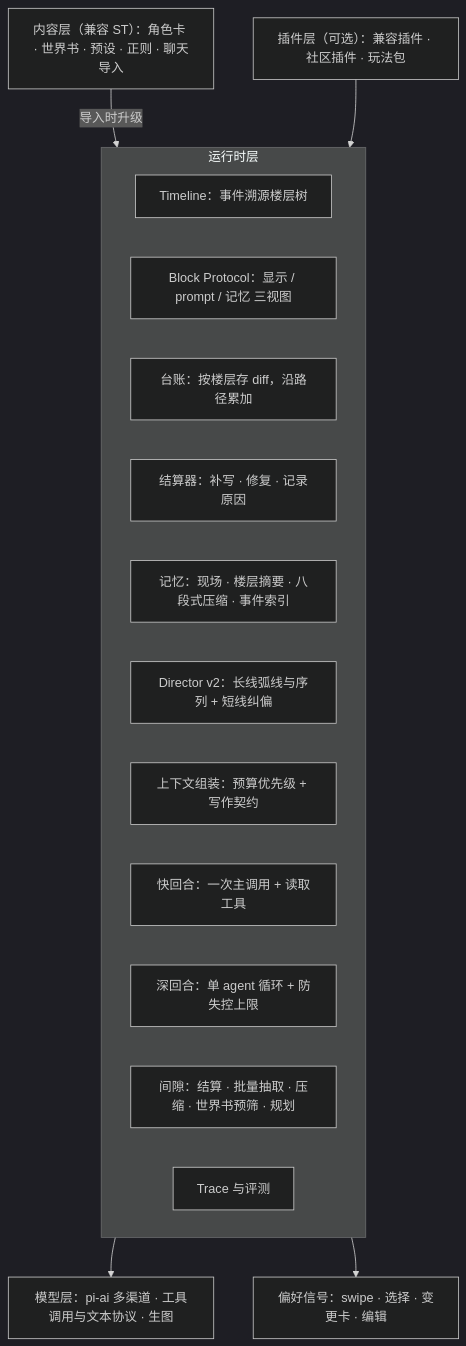
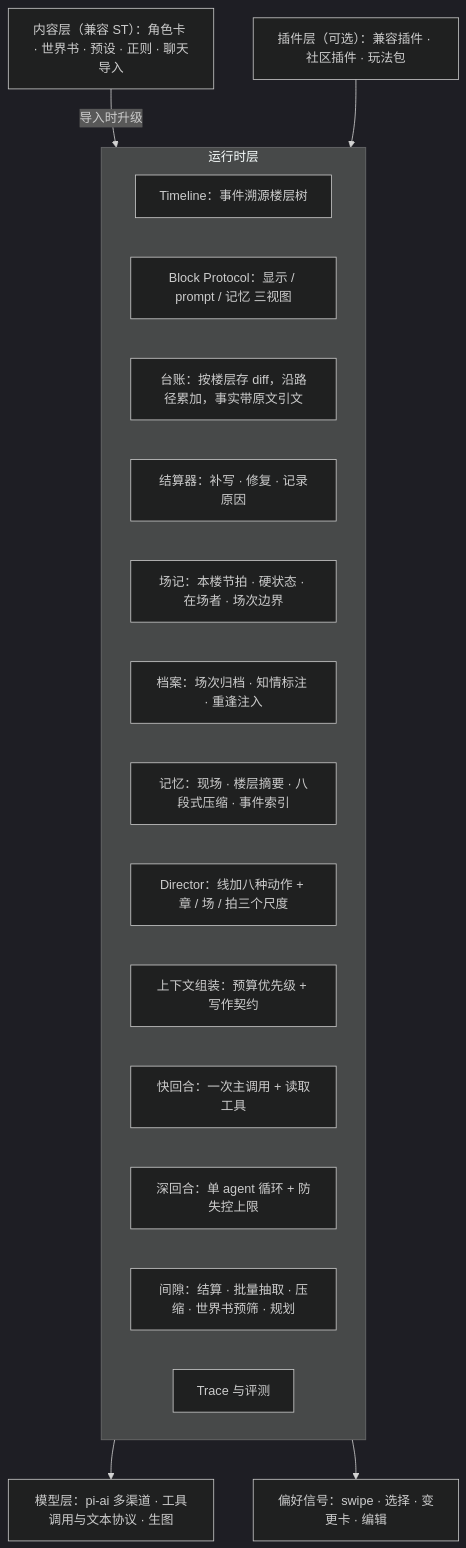
One commit to Theater-ahyeon/Dramaticer changed the diagram in docs/DESIGN.md. Above: the diagram before and after it, drawn with Mermaid (dark theme). The commit also changed other lines of this file and 5 other files, not shown here.

````diff
--- a/docs/DESIGN.md
+++ b/docs/DESIGN.md
@@ -70,22 +71,24 @@
 ```mermaid
 flowchart TB
     content["内容层（兼容 ST）：角色卡 · 世界书 · 预设 · 正则 · 聊天导入"]
     subgraph runtime["运行时层"]
         timeline["Timeline：事件溯源楼层树"]
         blocks["Block Protocol：显示 / prompt / 记忆 三视图"]
-        ledger["台账：按楼层存 diff，沿路径累加"]
+        ledger["台账：按楼层存 diff，沿路径累加，事实带原文引文"]
         settler["结算器：补写 · 修复 · 记录原因"]
+        scene["场记：本楼节拍 · 硬状态 · 在场者 · 场次边界"]
+        archive["档案：场次归档 · 知情标注 · 重逢注入"]
         memory["记忆：现场 · 楼层摘要 · 八段式压缩 · 事件索引"]
-        director["Director v2：长线弧线与序列 + 短线纠偏"]
+        director["Director：线加八种动作 + 章 / 场 / 拍三个尺度"]
         context["上下文组装：预算优先级 + 写作契约"]
         fast["快回合：一次主调用 + 读取工具"]
         deep["深回合：单 agent 循环 + 防失控上限"]
         gap["间隙：结算 · 批量抽取 · 压缩 · 世界书预筛 · 规划"]
         trace["Trace 与评测"]
     end
     models["模型层：pi-ai 多渠道 · 工具调用与文本协议 · 生图"]
     content -->|导入时升级| runtime
     plugins["插件层（可选）：兼容插件 · 社区插件 · 玩法包"] --> runtime
     runtime --> models
     runtime --> preferences["偏好信号：swipe · 选择 · 变更卡 · 编辑"]
 ```
````
